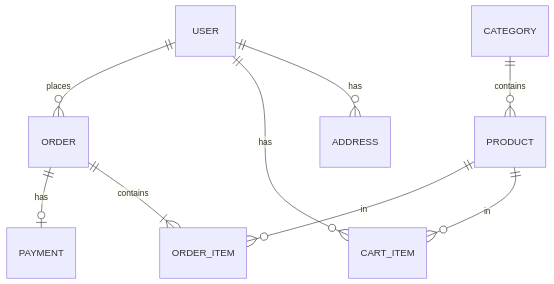
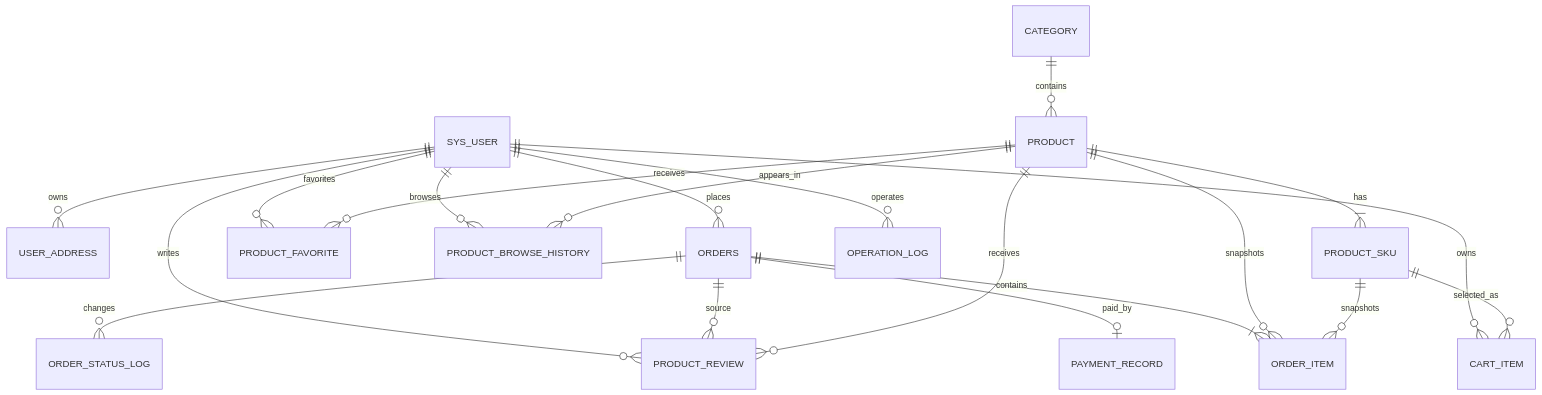
Before and after one commit to duyiyan2-lgtm/eshop-class2-group7: the diagram in docs/02-设计文档/数据库设计.md, drawn with Mermaid. The commit also changed other lines of this file and 80 other files, not shown here.

````diff
--- a/docs/02-设计文档/数据库设计.md
+++ b/docs/02-设计文档/数据库设计.md
@@ -22,11 +32,22 @@
 ```mermaid
 erDiagram
-  USER ||--o{ ADDRESS : has
-  USER ||--o{ CART_ITEM : has
-  USER ||--o{ ORDER : places
+  SYS_USER ||--o{ USER_ADDRESS : owns
+  SYS_USER ||--o{ CART_ITEM : owns
+  SYS_USER ||--o{ ORDERS : places
+  SYS_USER ||--o{ PRODUCT_FAVORITE : favorites
+  SYS_USER ||--o{ PRODUCT_REVIEW : writes
+  SYS_USER ||--o{ PRODUCT_BROWSE_HISTORY : browses
   CATEGORY ||--o{ PRODUCT : contains
-  PRODUCT ||--o{ CART_ITEM : in
-  ORDER ||--|{ ORDER_ITEM : contains
-  PRODUCT ||--o{ ORDER_ITEM : in
-  ORDER ||--o| PAYMENT : has
+  PRODUCT ||--|{ PRODUCT_SKU : has
+  PRODUCT_SKU ||--o{ CART_ITEM : selected_as
+  ORDERS ||--|{ ORDER_ITEM : contains
+  PRODUCT ||--o{ ORDER_ITEM : snapshots
+  PRODUCT_SKU ||--o{ ORDER_ITEM : snapshots
+  ORDERS ||--o| PAYMENT_RECORD : paid_by
+  ORDERS ||--o{ ORDER_STATUS_LOG : changes
+  ORDERS ||--o{ PRODUCT_REVIEW : source
+  PRODUCT ||--o{ PRODUCT_REVIEW : receives
+  PRODUCT ||--o{ PRODUCT_FAVORITE : receives
+  PRODUCT ||--o{ PRODUCT_BROWSE_HISTORY : appears_in
+  SYS_USER ||--o{ OPERATION_LOG : operates
 ```
````
